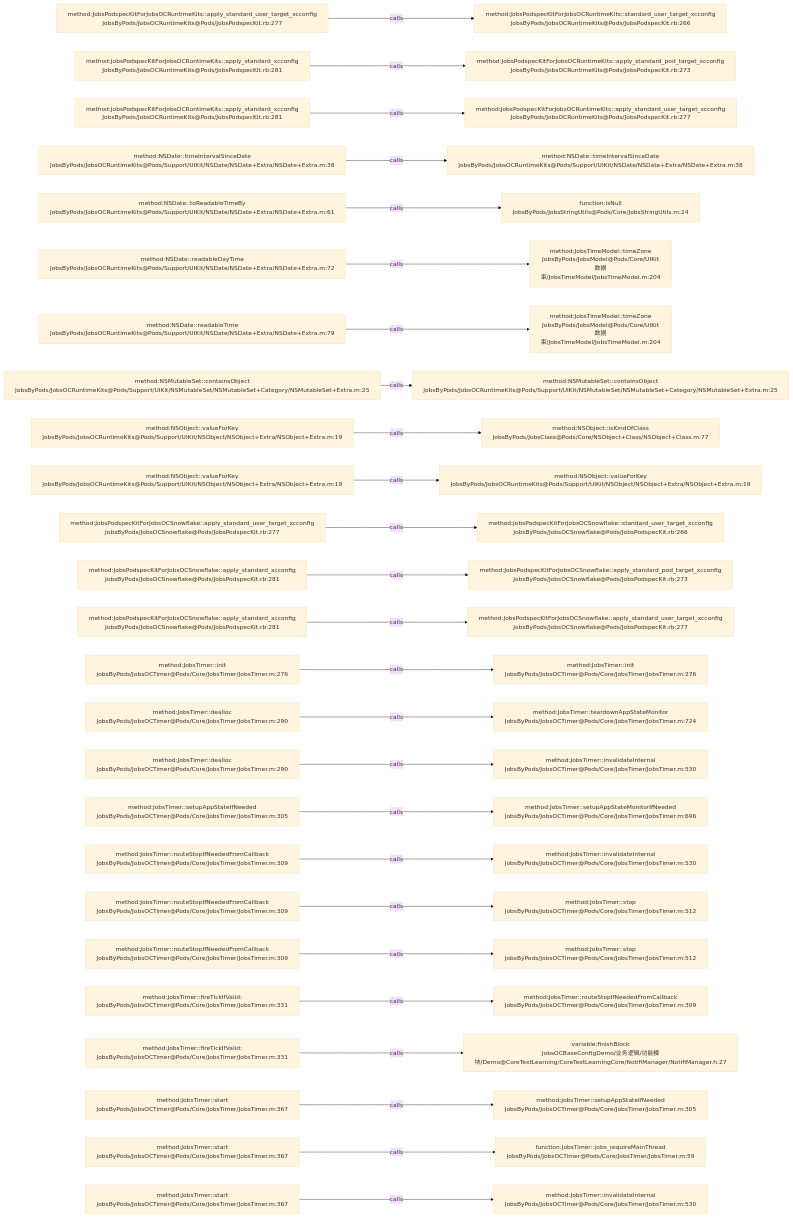
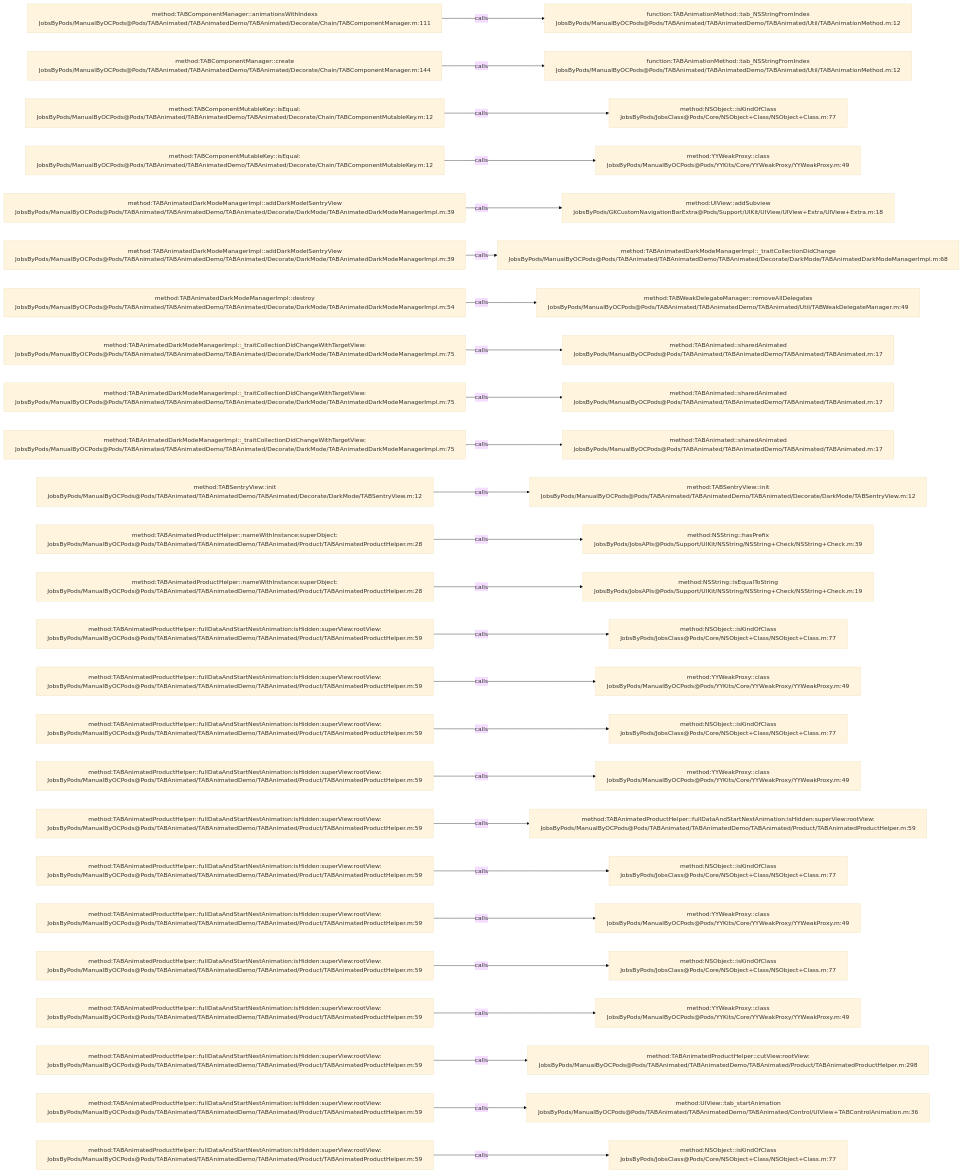
Before and after one commit to JobsKits/JobsOCBaseConfigDemo: the diagram in .codegraph/codegraph.md/graphs/calls-138.md, drawn with Mermaid (base theme). The commit also changed 573 other files, not shown here.

````diff
--- a/.codegraph/codegraph.md/graphs/calls-138.md
+++ b/.codegraph/codegraph.md/graphs/calls-138.md
@@ -13,78 +13,78 @@
 ```mermaid
 flowchart LR
-  S1["method:JobsPodspecKitForJobsOCRuntimeKits::apply_standard_user_target_xcconfig<br/>JobsByPods/JobsOCRuntimeKits@Pods/JobsPodspecKit.rb:277"]
-  T1["method:JobsPodspecKitForJobsOCRuntimeKits::standard_user_target_xcconfig<br/>JobsByPods/JobsOCRuntimeKits@Pods/JobsPodspecKit.rb:266"]
+  S1["method:TABComponentManager::animationsWithIndexs<br/>JobsByPods/ManualByOCPods@Pods/TABAnimated/TABAnimatedDemo/TABAnimated/Decorate/Chain/TABComponentManager.m:111"]
+  T1["function:TABAnimationMethod::tab_NSStringFromIndex<br/>JobsByPods/ManualByOCPods@Pods/TABAnimated/TABAnimatedDemo/TABAnimated/Util/TABAnimationMethod.m:12"]
   S1 -->|calls| T1
-  S2["method:JobsPodspecKitForJobsOCRuntimeKits::apply_standard_xcconfig<br/>JobsByPods/JobsOCRuntimeKits@Pods/JobsPodspecKit.rb:281"]
-  T2["method:JobsPodspecKitForJobsOCRuntimeKits::apply_standard_pod_target_xcconfig<br/>JobsByPods/JobsOCRuntimeKits@Pods/JobsPodspecKit.rb:273"]
+  S2["method:TABComponentManager::create<br/>JobsByPods/ManualByOCPods@Pods/TABAnimated/TABAnimatedDemo/TABAnimated/Decorate/Chain/TABComponentManager.m:144"]
+  T2["function:TABAnimationMethod::tab_NSStringFromIndex<br/>JobsByPods/ManualByOCPods@Pods/TABAnimated/TABAnimatedDemo/TABAnimated/Util/TABAnimationMethod.m:12"]
   S2 -->|calls| T2
-  S3["method:JobsPodspecKitForJobsOCRuntimeKits::apply_standard_xcconfig<br/>JobsByPods/JobsOCRuntimeKits@Pods/JobsPodspecKit.rb:281"]
-  T3["method:JobsPodspecKitForJobsOCRuntimeKits::apply_standard_user_target_xcconfig<br/>JobsByPods/JobsOCRuntimeKits@Pods/JobsPodspecKit.rb:277"]
+  S3["method:TABComponentMutableKey::isEqual:<br/>JobsByPods/ManualByOCPods@Pods/TABAnimated/TABAnimatedDemo/TABAnimated/Decorate/Chain/TABComponentMutableKey.m:12"]
+  T3["method:NSObject::isKindOfClass<br/>JobsByPods/JobsClass@Pods/Core/NSObject+Class/NSObject+Class.m:77"]
   S3 -->|calls| T3
-  S4["method:NSDate::timeIntervalSinceDate<br/>JobsByPods/JobsOCRuntimeKits@Pods/Support/UIKit/NSDate/NSDate+Extra/NSDate+Extra.m:38"]
-  T4["method:NSDate::timeIntervalSinceDate<br/>JobsByPods/JobsOCRuntimeKits@Pods/Support/UIKit/NSDate/NSDate+Extra/NSDate+Extra.m:38"]
+  S4["method:TABComponentMutableKey::isEqual:<br/>JobsByPods/ManualByOCPods@Pods/TABAnimated/TABAnimatedDemo/TABAnimated/Decorate/Chain/TABComponentMutableKey.m:12"]
+  T4["method:YYWeakProxy::class<br/>JobsByPods/ManualByOCPods@Pods/YYKits/Core/YYWeakProxy/YYWeakProxy.m:49"]
   S4 -->|calls| T4
-  S5["method:NSDate::toReadableTimeBy<br/>JobsByPods/JobsOCRuntimeKits@Pods/Support/UIKit/NSDate/NSDate+Extra/NSDate+Extra.m:61"]
-  T5["function:isNull<br/>JobsByPods/JobsStringUtils@Pods/Core/JobsStringUtils.m:24"]
+  S5["method:TABAnimatedDarkModeManagerImpl::addDarkModelSentryView<br/>JobsByPods/ManualByOCPods@Pods/TABAnimated/TABAnimatedDemo/TABAnimated/Decorate/DarkMode/TABAnimatedDarkModeManagerImpl.m:39"]
+  T5["method:UIView::addSubview<br/>JobsByPods/GKCustomNavigationBarExtra@Pods/Support/UIKit/UIView/UIView+Extra/UIView+Extra.m:18"]
   S5 -->|calls| T5
-  S6["method:NSDate::readableDayTime<br/>JobsByPods/JobsOCRuntimeKits@Pods/Support/UIKit/NSDate/NSDate+Extra/NSDate+Extra.m:72"]
-  T6["method:JobsTimeModel::timeZone<br/>JobsByPods/JobsModel@Pods/Core/UIKit数据束/JobsTimeModel/JobsTimeModel.m:204"]
+  S6["method:TABAnimatedDarkModeManagerImpl::addDarkModelSentryView<br/>JobsByPods/ManualByOCPods@Pods/TABAnimated/TABAnimatedDemo/TABAnimated/Decorate/DarkMode/TABAnimatedDarkModeManagerImpl.m:39"]
+  T6["method:TABAnimatedDarkModeManagerImpl::_traitCollectionDidChange<br/>JobsByPods/ManualByOCPods@Pods/TABAnimated/TABAnimatedDemo/TABAnimated/Decorate/DarkMode/TABAnimatedDarkModeManagerImpl.m:68"]
   S6 -->|calls| T6
-  S7["method:NSDate::readableTime<br/>JobsByPods/JobsOCRuntimeKits@Pods/Support/UIKit/NSDate/NSDate+Extra/NSDate+Extra.m:79"]
-  T7["method:JobsTimeModel::timeZone<br/>JobsByPods/JobsModel@Pods/Core/UIKit数据束/JobsTimeModel/JobsTimeModel.m:204"]
+  S7["method:TABAnimatedDarkModeManagerImpl::destroy<br/>JobsByPods/ManualByOCPods@Pods/TABAnimated/TABAnimatedDemo/TABAnimated/Decorate/DarkMode/TABAnimatedDarkModeManagerImpl.m:54"]
+  T7["method:TABWeakDelegateManager::removeAllDelegates<br/>JobsByPods/ManualByOCPods@Pods/TABAnimated/TABAnimatedDemo/TABAnimated/Util/TABWeakDelegateManager.m:49"]
   S7 -->|calls| T7
-  S8["method:NSMutableSet::containsObject<br/>JobsByPods/JobsOCRuntimeKits@Pods/Support/UIKit/NSMutableSet/NSMutableSet+Category/NSMutableSet+Extra.m:25"]
-  T8["method:NSMutableSet::containsObject<br/>JobsByPods/JobsOCRuntimeKits@Pods/Support/UIKit/NSMutableSet/NSMutableSet+Category/NSMutableSet+Extra.m:25"]
+  S8["method:TABAnimatedDarkModeManagerImpl::_traitCollectionDidChangeWithTargetView:<br/>JobsByPods/ManualByOCPods@Pods/TABAnimated/TABAnimatedDemo/TABAnimated/Decorate/DarkMode/TABAnimatedDarkModeManagerImpl.m:75"]
+  T8["method:TABAnimated::sharedAnimated<br/>JobsByPods/ManualByOCPods@Pods/TABAnimated/TABAnimatedDemo/TABAnimated/TABAnimated.m:17"]
   S8 -->|calls| T8
-  S9["method:NSObject::valueForKey<br/>JobsByPods/JobsOCRuntimeKits@Pods/Support/UIKit/NSObject/NSObject+Extra/NSObject+Extra.m:19"]
-  T9["method:NSObject::isKindOfClass<br/>JobsByPods/JobsClass@Pods/Core/NSObject+Class/NSObject+Class.m:77"]
+  S9["method:TABAnimatedDarkModeManagerImpl::_traitCollectionDidChangeWithTargetView:<br/>JobsByPods/ManualByOCPods@Pods/TABAnimated/TABAnimatedDemo/TABAnimated/Decorate/DarkMode/TABAnimatedDarkModeManagerImpl.m:75"]
+  T9["method:TABAnimated::sharedAnimated<br/>JobsByPods/ManualByOCPods@Pods/TABAnimated/TABAnimatedDemo/TABAnimated/TABAnimated.m:17"]
   S9 -->|calls| T9
-  S10["method:NSObject::valueForKey<br/>JobsByPods/JobsOCRuntimeKits@Pods/Support/UIKit/NSObject/NSObject+Extra/NSObject+Extra.m:19"]
-  T10["method:NSObject::valueForKey<br/>JobsByPods/JobsOCRuntimeKits@Pods/Support/UIKit/NSObject/NSObject+Extra/NSObject+Extra.m:19"]
+  S10["method:TABAnimatedDarkModeManagerImpl::_traitCollectionDidChangeWithTargetView:<br/>JobsByPods/ManualByOCPods@Pods/TABAnimated/TABAnimatedDemo/TABAnimated/Decorate/DarkMode/TABAnimatedDarkModeManagerImpl.m:75"]
+  T10["method:TABAnimated::sharedAnimated<br/>JobsByPods/ManualByOCPods@Pods/TABAnimated/TABAnimatedDemo/TABAnimated/TABAnimated.m:17"]
   S10 -->|calls| T10
-  S11["method:JobsPodspecKitForJobsOCSnowflake::apply_standard_user_target_xcconfig<br/>JobsByPods/JobsOCSnowflake@Pods/JobsPodspecKit.rb:277"]
-  T11["method:JobsPodspecKitForJobsOCSnowflake::standard_user_target_xcconfig<br/>JobsByPods/JobsOCSnowflake@Pods/JobsPodspecKit.rb:266"]
+  S11["method:TABSentryView::init<br/>JobsByPods/ManualByOCPods@Pods/TABAnimated/TABAnimatedDemo/TABAnimated/Decorate/DarkMode/TABSentryView.m:12"]
+  T11["method:TABSentryView::init<br/>JobsByPods/ManualByOCPods@Pods/TABAnimated/TABAnimatedDemo/TABAnimated/Decorate/DarkMode/TABSentryView.m:12"]
   S11 -->|calls| T11
-  S12["method:JobsPodspecKitForJobsOCSnowflake::apply_standard_xcconfig<br/>JobsByPods/JobsOCSnowflake@Pods/JobsPodspecKit.rb:281"]
-  T12["method:JobsPodspecKitForJobsOCSnowflake::apply_standard_pod_target_xcconfig<br/>JobsByPods/JobsOCSnowflake@Pods/JobsPodspecKit.rb:273"]
+  S12["method:TABAnimatedProductHelper::nameWithInstance:superObject:<br/>JobsByPods/ManualByOCPods@Pods/TABAnimated/TABAnimatedDemo/TABAnimated/Product/TABAnimatedProductHelper.m:28"]
+  T12["method:NSString::hasPrefix<br/>JobsByPods/JobsAPIs@Pods/Support/UIKit/NSString/NSString+Check/NSString+Check.m:39"]
   S12 -->|calls| T12
-  S13["method:JobsPodspecKitForJobsOCSnowflake::apply_standard_xcconfig<br/>JobsByPods/JobsOCSnowflake@Pods/JobsPodspecKit.rb:281"]
-  T13["method:JobsPodspecKitForJobsOCSnowflake::apply_standard_user_target_xcconfig<br/>JobsByPods/JobsOCSnowflake@Pods/JobsPodspecKit.rb:277"]
+  S13["method:TABAnimatedProductHelper::nameWithInstance:superObject:<br/>JobsByPods/ManualByOCPods@Pods/TABAnimated/TABAnimatedDemo/TABAnimated/Product/TABAnimatedProductHelper.m:28"]
+  T13["method:NSString::isEqualToString<br/>JobsByPods/JobsAPIs@Pods/Support/UIKit/NSString/NSString+Check/NSString+Check.m:19"]
   S13 -->|calls| T13
-  S14["method:JobsTimer::init<br/>JobsByPods/JobsOCTimer@Pods/Core/JobsTimer/JobsTimer.m:276"]
-  T14["method:JobsTimer::init<br/>JobsByPods/JobsOCTimer@Pods/Core/JobsTimer/JobsTimer.m:276"]
+  S14["method:TABAnimatedProductHelper::fullDataAndStartNestAnimation:isHidden:superView:rootView:<br/>JobsByPods/ManualByOCPods@Pods/TABAnimated/TABAnimatedDemo/TABAnimated/Product/TABAnimatedProductHelper.m:59"]
+  T14["method:NSObject::isKindOfClass<br/>JobsByPods/JobsClass@Pods/Core/NSObject+Class/NSObject+Class.m:77"]
   S14 -->|calls| T14
-  S15["method:JobsTimer::dealloc<br/>JobsByPods/JobsOCTimer@Pods/Core/JobsTimer/JobsTimer.m:290"]
-  T15["method:JobsTimer::teardownAppStateMonitor<br/>JobsByPods/JobsOCTimer@Pods/Core/JobsTimer/JobsTimer.m:724"]
+  S15["method:TABAnimatedProductHelper::fullDataAndStartNestAnimation:isHidden:superView:rootView:<br/>JobsByPods/ManualByOCPods@Pods/TABAnimated/TABAnimatedDemo/TABAnimated/Product/TABAnimatedProductHelper.m:59"]
+  T15["method:YYWeakProxy::class<br/>JobsByPods/ManualByOCPods@Pods/YYKits/Core/YYWeakProxy/YYWeakProxy.m:49"]
   S15 -->|calls| T15
-  S16["method:JobsTimer::dealloc<br/>JobsByPods/JobsOCTimer@Pods/Core/JobsTimer/JobsTimer.m:290"]
-  T16["method:JobsTimer::invalidateInternal<br/>JobsByPods/JobsOCTimer@Pods/Core/JobsTimer/JobsTimer.m:530"]
+  S16["method:TABAnimatedProductHelper::fullDataAndStartNestAnimation:isHidden:superView:rootView:<br/>JobsByPods/ManualByOCPods@Pods/TABAnimated/TABAnimatedDemo/TABAnimated/Product/TABAnimatedProductHelper.m:59"]
+  T16["method:NSObject::isKindOfClass<br/>JobsByPods/JobsClass@Pods/Core/NSObject+Class/NSObject+Class.m:77"]
   S16 -->|calls| T16
-  S17["method:JobsTimer::setupAppStateIfNeeded<br/>JobsByPods/JobsOCTimer@Pods/Core/JobsTimer/JobsTimer.m:305"]
-  T17["method:JobsTimer::setupAppStateMonitorIfNeeded<br/>JobsByPods/JobsOCTimer@Pods/Core/JobsTimer/JobsTimer.m:696"]
+  S17["method:TABAnimatedProductHelper::fullDataAndStartNestAnimation:isHidden:superView:rootView:<br/>JobsByPods/ManualByOCPods@Pods/TABAnimated/TABAnimatedDemo/TABAnimated/Product/TABAnimatedProductHelper.m:59"]
+  T17["method:YYWeakProxy::class<br/>JobsByPods/ManualByOCPods@Pods/YYKits/Core/YYWeakProxy/YYWeakProxy.m:49"]
   S17 -->|calls| T17
-  S18["method:JobsTimer::routeStopIfNeededFromCallback<br/>JobsByPods/JobsOCTimer@Pods/Core/JobsTimer/JobsTimer.m:309"]
-  T18["method:JobsTimer::invalidateInternal<br/>JobsByPods/JobsOCTimer@Pods/Core/JobsTimer/JobsTimer.m:530"]
+  S18["method:TABAnimatedProductHelper::fullDataAndStartNestAnimation:isHidden:superView:rootView:<br/>JobsByPods/ManualByOCPods@Pods/TABAnimated/TABAnimatedDemo/TABAnimated/Product/TABAnimatedProductHelper.m:59"]
+  T18["method:TABAnimatedProductHelper::fullDataAndStartNestAnimation:isHidden:superView:rootView:<br/>JobsByPods/ManualByOCPods@Pods/TABAnimated/TABAnimatedDemo/TABAnimated/Product/TABAnimatedProductHelper.m:59"]
   S18 -->|calls| T18
-  S19["method:JobsTimer::routeStopIfNeededFromCallback<br/>JobsByPods/JobsOCTimer@Pods/Core/JobsTimer/JobsTimer.m:309"]
-  T19["method:JobsTimer::stop<br/>JobsByPods/JobsOCTimer@Pods/Core/JobsTimer/JobsTimer.m:512"]
+  S19["method:TABAnimatedProductHelper::fullDataAndStartNestAnimation:isHidden:superView:rootView:<br/>JobsByPods/ManualByOCPods@Pods/TABAnimated/TABAnimatedDemo/TABAnimated/Product/TABAnimatedProductHelper.m:59"]
+  T19["method:NSObject::isKindOfClass<br/>JobsByPods/JobsClass@Pods/Core/NSObject+Class/NSObject+Class.m:77"]
   S19 -->|calls| T19
-  S20["method:JobsTimer::routeStopIfNeededFromCallback<br/>JobsByPods/JobsOCTimer@Pods/Core/JobsTimer/JobsTimer.m:309"]
-  T20["method:JobsTimer::stop<br/>JobsByPods/JobsOCTimer@Pods/Core/JobsTimer/JobsTimer.m:512"]
+  S20["method:TABAnimatedProductHelper::fullDataAndStartNestAnimation:isHidden:superView:rootView:<br/>JobsByPods/ManualByOCPods@Pods/TABAnimated/TABAnimatedDemo/TABAnimated/Product/TABAnimatedProductHelper.m:59"]
+  T20["method:YYWeakProxy::class<br/>JobsByPods/ManualByOCPods@Pods/YYKits/Core/YYWeakProxy/YYWeakProxy.m:49"]
   S20 -->|calls| T20
-  S21["method:JobsTimer::fireTickIfValid:<br/>JobsByPods/JobsOCTimer@Pods/Core/JobsTimer/JobsTimer.m:331"]
-  T21["method:JobsTimer::routeStopIfNeededFromCallback<br/>JobsByPods/JobsOCTimer@Pods/Core/JobsTimer/JobsTimer.m:309"]
+  S21["method:TABAnimatedProductHelper::fullDataAndStartNestAnimation:isHidden:superView:rootView:<br/>JobsByPods/ManualByOCPods@Pods/TABAnimated/TABAnimatedDemo/TABAnimated/Product/TABAnimatedProductHelper.m:59"]
+  T21["method:NSObject::isKindOfClass<br/>JobsByPods/JobsClass@Pods/Core/NSObject+Class/NSObject+Class.m:77"]
   S21 -->|calls| T21
-  S22["method:JobsTimer::fireTickIfValid:<br/>JobsByPods/JobsOCTimer@Pods/Core/JobsTimer/JobsTimer.m:331"]
-  T22["variable:finishBlock<br/>JobsOCBaseConfigDemo/业务逻辑/功能模块/Demo@CoreTextLearning/CoreTextLearningCore/NotifiManager/NotifiManager.h:27"]
+  S22["method:TABAnimatedProductHelper::fullDataAndStartNestAnimation:isHidden:superView:rootView:<br/>JobsByPods/ManualByOCPods@Pods/TABAnimated/TABAnimatedDemo/TABAnimated/Product/TABAnimatedProductHelper.m:59"]
+  T22["method:YYWeakProxy::class<br/>JobsByPods/ManualByOCPods@Pods/YYKits/Core/YYWeakProxy/YYWeakProxy.m:49"]
   S22 -->|calls| T22
-  S23["method:JobsTimer::start<br/>JobsByPods/JobsOCTimer@Pods/Core/JobsTimer/JobsTimer.m:367"]
-  T23["method:JobsTimer::setupAppStateIfNeeded<br/>JobsByPods/JobsOCTimer@Pods/Core/JobsTimer/JobsTimer.m:305"]
+  S23["method:TABAnimatedProductHelper::fullDataAndStartNestAnimation:isHidden:superView:rootView:<br/>JobsByPods/ManualByOCPods@Pods/TABAnimated/TABAnimatedDemo/TABAnimated/Product/TABAnimatedProductHelper.m:59"]
+  T23["method:TABAnimatedProductHelper::cutView:rootView:<br/>JobsByPods/ManualByOCPods@Pods/TABAnimated/TABAnimatedDemo/TABAnimated/Product/TABAnimatedProductHelper.m:298"]
   S23 -->|calls| T23
-  S24["method:JobsTimer::start<br/>JobsByPods/JobsOCTimer@Pods/Core/JobsTimer/JobsTimer.m:367"]
-  T24["function:JobsTimer::jobs_requireMainThread<br/>JobsByPods/JobsOCTimer@Pods/Core/JobsTimer/JobsTimer.m:59"]
+  S24["method:TABAnimatedProductHelper::fullDataAndStartNestAnimation:isHidden:superView:rootView:<br/>JobsByPods/ManualByOCPods@Pods/TABAnimated/TABAnimatedDemo/TABAnimated/Product/TABAnimatedProductHelper.m:59"]
+  T24["method:UIView::tab_startAnimation<br/>JobsByPods/ManualByOCPods@Pods/TABAnimated/TABAnimatedDemo/TABAnimated/Control/UIView+TABControlAnimation.m:36"]
   S24 -->|calls| T24
-  S25["method:JobsTimer::start<br/>JobsByPods/JobsOCTimer@Pods/Core/JobsTimer/JobsTimer.m:367"]
-  T25["method:JobsTimer::invalidateInternal<br/>JobsByPods/JobsOCTimer@Pods/Core/JobsTimer/JobsTimer.m:530"]
+  S25["method:TABAnimatedProductHelper::fullDataAndStartNestAnimation:isHidden:superView:rootView:<br/>JobsByPods/ManualByOCPods@Pods/TABAnimated/TABAnimatedDemo/TABAnimated/Product/TABAnimatedProductHelper.m:59"]
+  T25["method:NSObject::isKindOfClass<br/>JobsByPods/JobsClass@Pods/Core/NSObject+Class/NSObject+Class.m:77"]
   S25 -->|calls| T25
 ```
````
